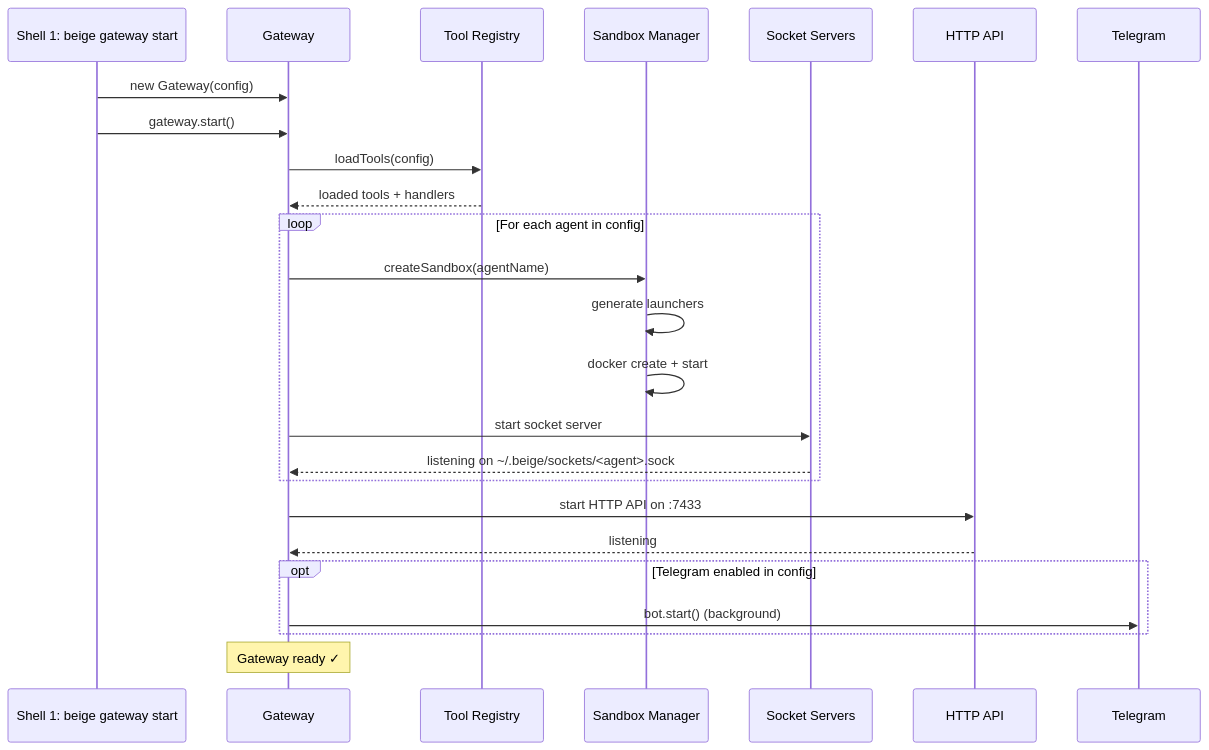
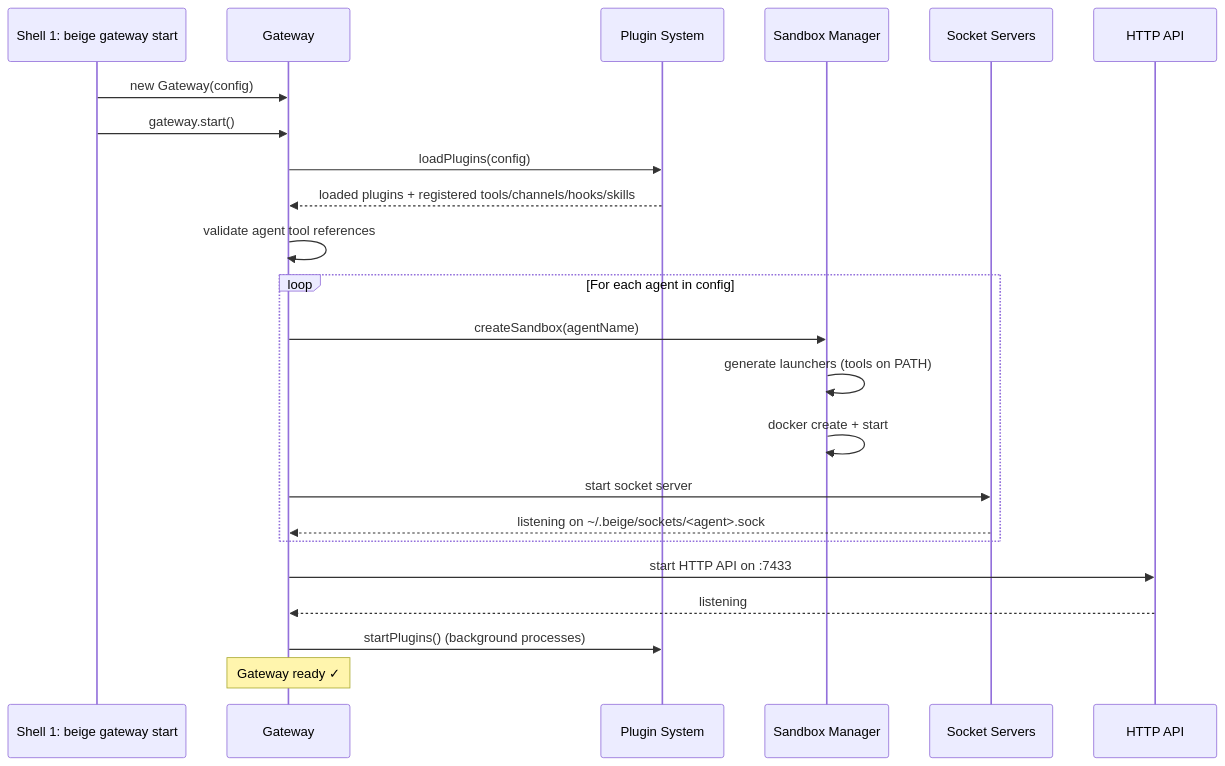
Before and after one commit to matthias-hausberger/beige: the fifth of 7 diagrams in docs/gateway/system-overview.mdx, drawn with Mermaid. The commit also changed other lines of this file and 63 other files, not shown here.

First line of the commit message:
refactor!: plugin architecture

````diff
--- a/docs/gateway/system-overview.mdx
+++ b/docs/gateway/system-overview.mdx
@@ -160,33 +160,32 @@
 ```mermaid
 sequenceDiagram
     participant CLI as Shell 1: beige gateway start
     participant GW as Gateway
-    participant Tools as Tool Registry
+    participant PL as Plugin System
     participant SM as Sandbox Manager
     participant SS as Socket Servers
     participant API as HTTP API
-    participant TG as Telegram
 
     CLI->>GW: new Gateway(config)
     CLI->>GW: gateway.start()
 
-    GW->>Tools: loadTools(config)
-    Tools-->>GW: loaded tools + handlers
+    GW->>PL: loadPlugins(config)
+    PL-->>GW: loaded plugins + registered tools/channels/hooks/skills
+
+    GW->>GW: validate agent tool references
 
     loop For each agent in config
         GW->>SM: createSandbox(agentName)
-        SM->>SM: generate launchers
+        SM->>SM: generate launchers (tools on PATH)
         SM->>SM: docker create + start
         GW->>SS: start socket server
         SS-->>GW: listening on ~/.beige/sockets/<agent>.sock
     end
 
     GW->>API: start HTTP API on :7433
     API-->>GW: listening
 
-    opt Telegram enabled in config
-        GW->>TG: bot.start() (background)
-    end
+    GW->>PL: startPlugins() (background processes)
 
     Note over GW: Gateway ready ✓
 ```
````
